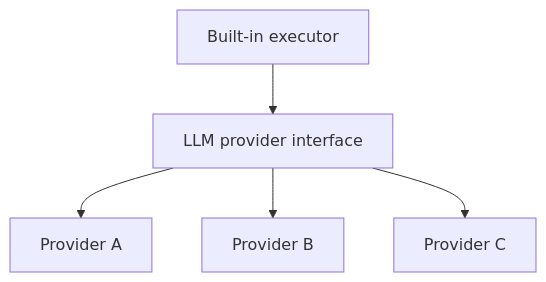
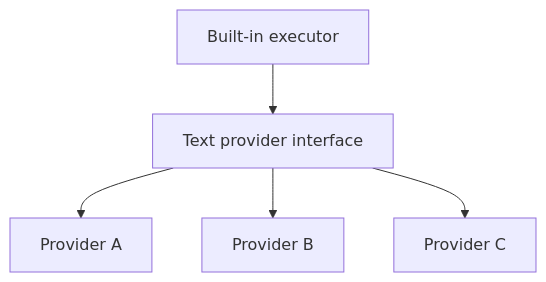
Before and after one commit to wikimediairan/Perseus: the second of 2 diagrams in docs/architecture/llm-providers.md, drawn with Mermaid. The commit also changed other lines of this file and 100 other files, not shown here.

````diff
--- a/docs/architecture/llm-providers.md
+++ b/docs/architecture/llm-providers.md
@@ -12,7 +38,7 @@
 ```mermaid
 flowchart TB
-    Exec[Built-in executor] --> IFace[LLM provider interface]
+    Exec[Built-in executor] --> IFace[Text provider interface]
     IFace --> P1[Provider A]
     IFace --> P2[Provider B]
     IFace --> P3[Provider C]
 ```
````
